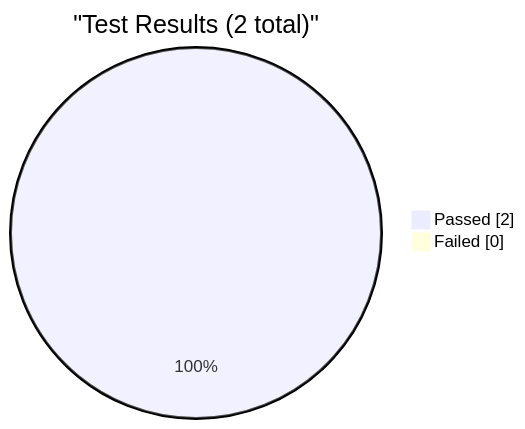
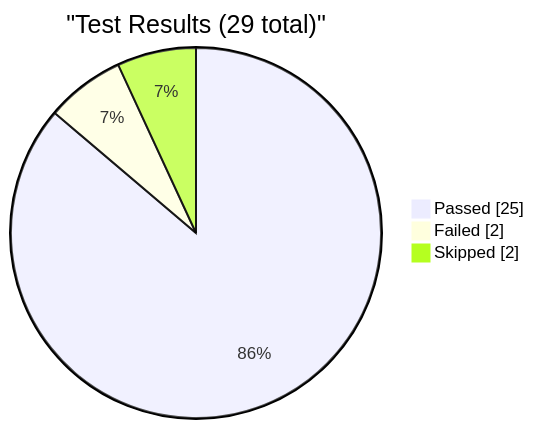
One commit to EliteaAI/onetest-ai-tm-Elitea changed the first of 6 diagrams in reports/dashboard.md. Above: the diagram before and after it, drawn with Mermaid. The commit also changed other lines of this file and 1 other file, not shown here.

Commit message:
dashboard: update test metrics for RUN-ELITEA-2026-10-19-296-DEV-CHAT-FAILED

````diff
--- a/reports/dashboard.md
+++ b/reports/dashboard.md
@@ -9,6 +9,7 @@
 ```mermaid
 pie showData
-    title "Test Results (2 total)"
-    "Passed" : 2
-    "Failed" : 0
+    title "Test Results (29 total)"
+    "Passed" : 25
+    "Failed" : 2
+    "Skipped" : 2
 ```
````
